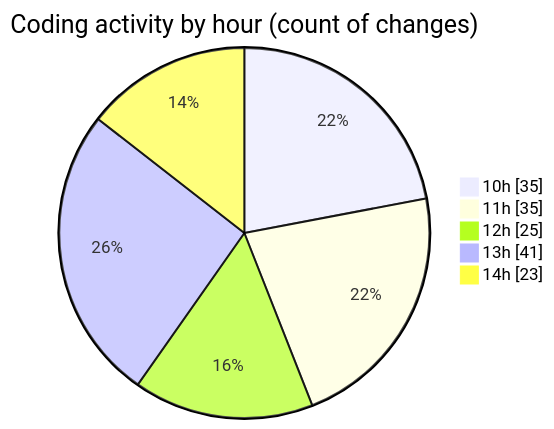
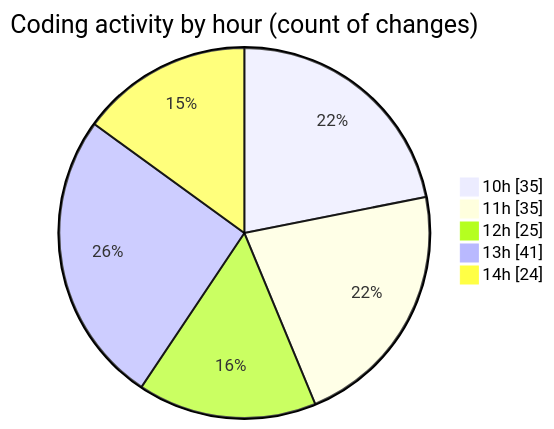
One commit to momahboobian/code-tracking changed the second of 2 diagrams in 2025-03-26/cda/README.md. Above: the diagram before and after it, drawn with Mermaid. The commit also changed other lines of this file and 1 other file, not shown here.

````diff
--- a/2025-03-26/cda/README.md
+++ b/2025-03-26/cda/README.md
@@ -54,9 +54,9 @@
 ```mermaid
 pie showData
 title Coding activity by hour (count of changes)
 "10h" : 35
 "11h" : 35
 "12h" : 25
 "13h" : 41
-"14h" : 23
+"14h" : 24
 ```
````
